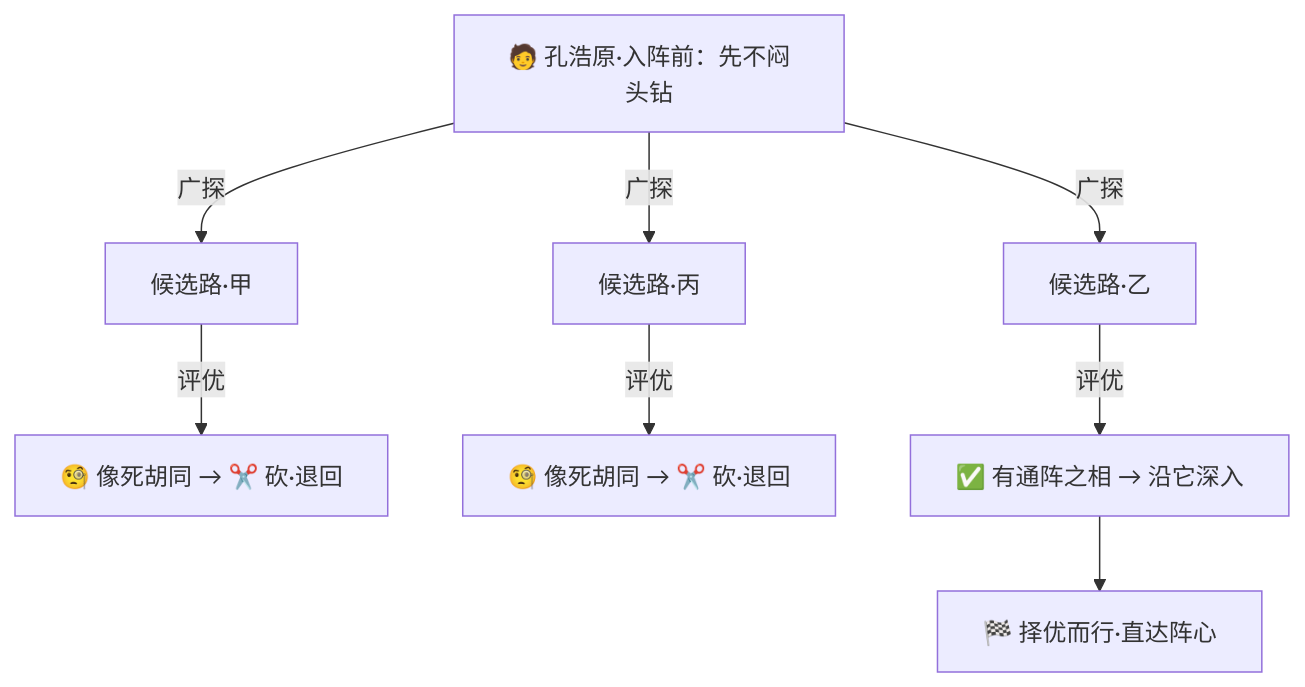
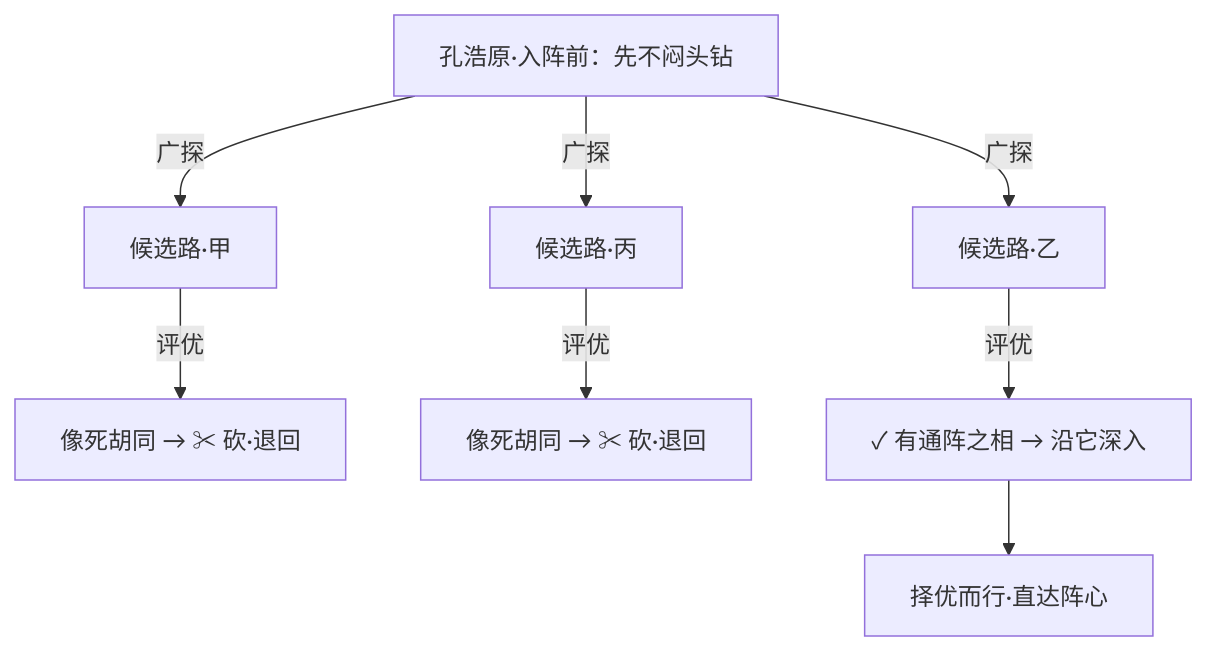
Before and after one commit to luckykhy/KhyAiHub: the second of 3 diagrams in docs/09_STORY_修仙学AI/STORY-番外/[STORY-番外-110] 番外11·万途并参·择优而行.md, drawn with Mermaid. The commit also changed other lines of this file and 19 other files, not shown here.

````diff
--- a/docs/09_STORY_修仙学AI/STORY-番外/[STORY-番外-110] 番外11·万途并参·择优而行.md
+++ b/docs/09_STORY_修仙学AI/STORY-番外/[STORY-番外-110] 番外11·万途并参·择优而行.md
@@ -73,11 +73,11 @@
 ```mermaid
 flowchart TB
-  START["🧑 孔浩原·入阵前：先不闷头钻"]
+  START["孔浩原·入阵前：先不闷头钻"]
   START -->|"广探"| B1["候选路·甲"]
   START -->|"广探"| B2["候选路·乙"]
   START -->|"广探"| B3["候选路·丙"]
-  B1 -->|"评优"| E1["🧐 像死胡同 → ✂️ 砍·退回"]
-  B3 -->|"评优"| E3["🧐 像死胡同 → ✂️ 砍·退回"]
-  B2 -->|"评优"| E2["✅ 有通阵之相 → 沿它深入"]
-  E2 --> WIN["🏁 择优而行·直达阵心"]
+  B1 -->|"评优"| E1["像死胡同 → ✂ 砍·退回"]
+  B3 -->|"评优"| E3["像死胡同 → ✂ 砍·退回"]
+  B2 -->|"评优"| E2["✓ 有通阵之相 → 沿它深入"]
+  E2 --> WIN["择优而行·直达阵心"]
 ```
````
